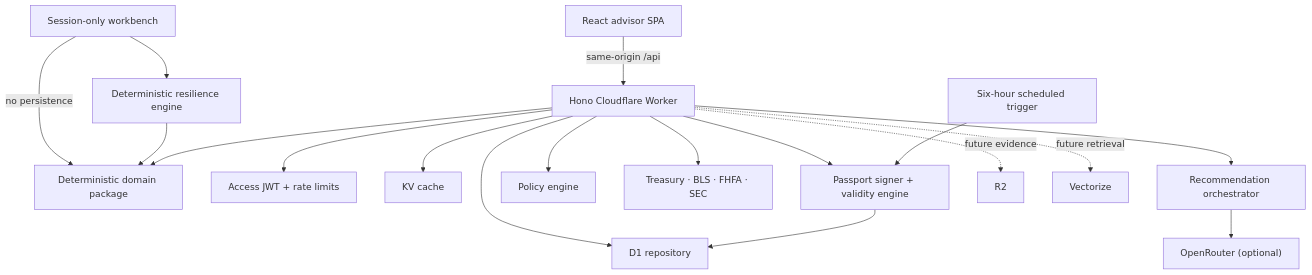
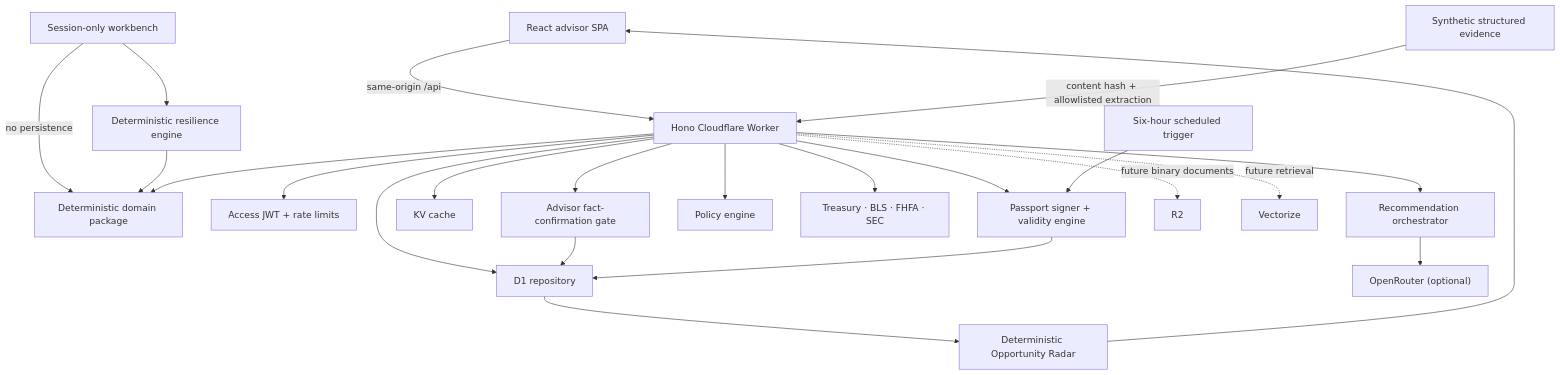
One commit to AjayKasu1/financial-independence-digital-twin changed the diagram in docs/architecture.md. Above: the diagram before and after it, drawn with Mermaid. The commit also changed other lines of this file and 19 other files, not shown here.

Commit message:
Build evidence-to-twin opportunity radar

````diff
--- a/docs/architecture.md
+++ b/docs/architecture.md
@@ -5,20 +5,25 @@
 ```mermaid
 flowchart TB
   Browser["React advisor SPA"] -->|"same-origin /api"| Worker["Hono Cloudflare Worker"]
   Workbench["Session-only workbench"] -->|"no persistence"| Domain
   Workbench --> Resilience["Deterministic resilience engine"]
   Resilience --> Domain
   Worker --> Auth["Access JWT + rate limits"]
   Worker --> D1["D1 repository"]
+  Evidence["Synthetic structured evidence"] -->|"content hash + allowlisted extraction"| Worker
+  Worker --> Confirm["Advisor fact-confirmation gate"]
+  Confirm --> D1
+  D1 --> Radar["Deterministic Opportunity Radar"]
+  Radar --> Browser
   Worker --> KV["KV cache"]
   Worker --> Domain["Deterministic domain package"]
   Worker --> AI["Recommendation orchestrator"]
   AI --> OR["OpenRouter (optional)"]
   Worker --> Policy["Policy engine"]
   Worker --> Public["Treasury · BLS · FHFA · SEC"]
   Worker --> Passport["Passport signer + validity engine"]
   Cron["Six-hour scheduled trigger"] --> Passport
   Passport --> D1
-  Worker -. future evidence .-> R2["R2"]
+  Worker -. future binary documents .-> R2["R2"]
   Worker -. future retrieval .-> Vectorize["Vectorize"]
 ```
````
